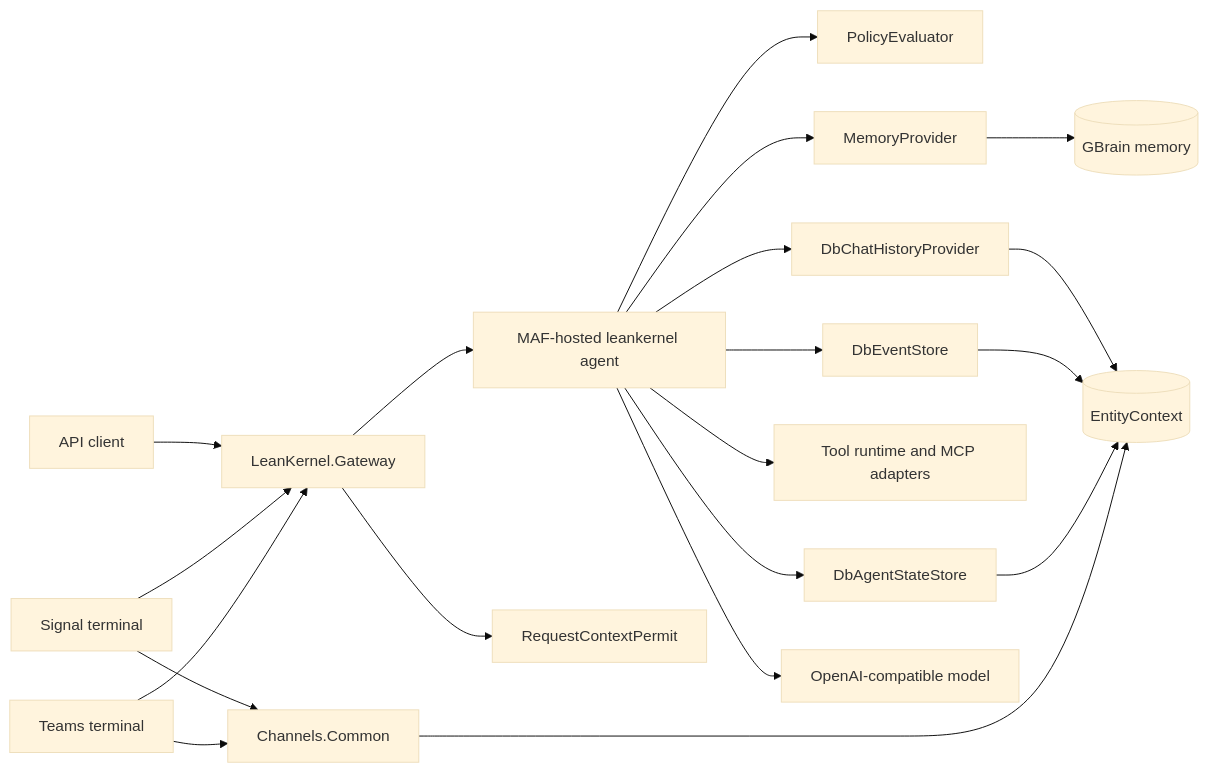
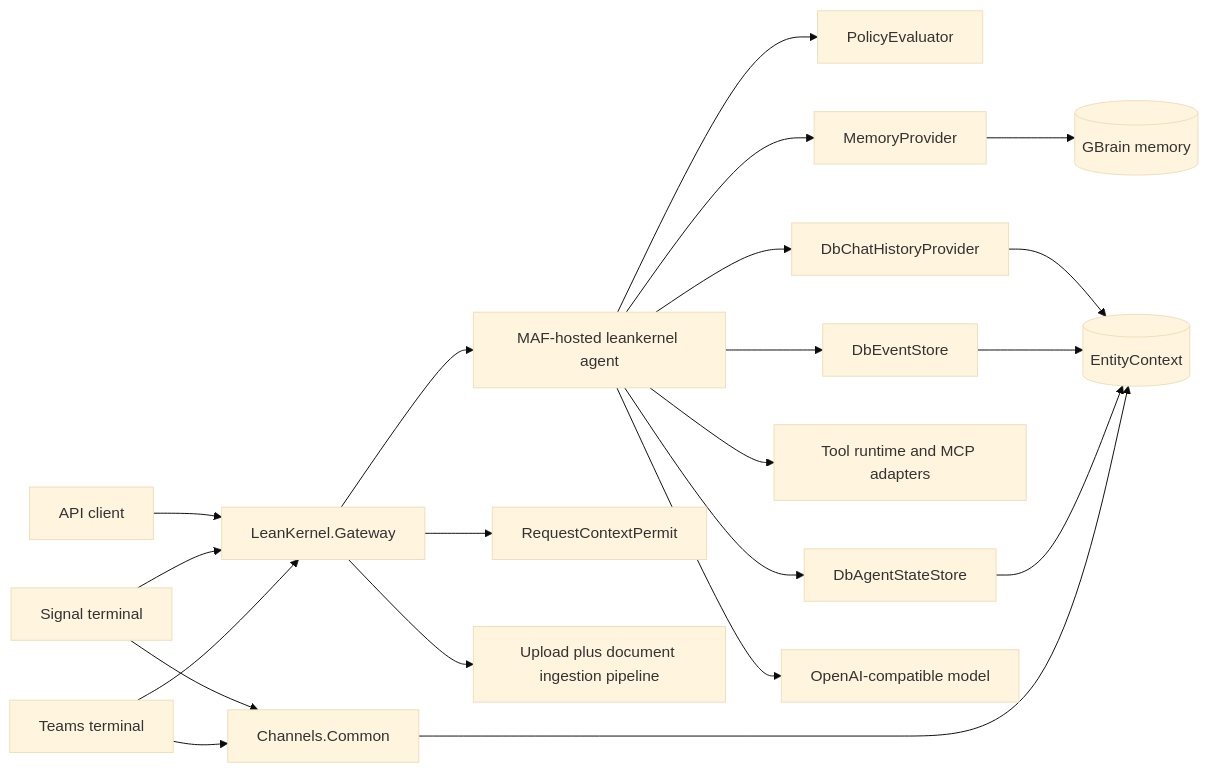
Before and after one commit to achingono/leankernel: the diagram in docs/architecture/index.md, drawn with Mermaid (base theme). The commit also changed 98 other files, not shown here.

Commit message:
feat: implement document ingestion pipeline and refresh docs

````diff
--- a/docs/architecture/index.md
+++ b/docs/architecture/index.md
@@ -16,22 +16,23 @@
 ```mermaid
 flowchart LR
     Client[API client] --> Gateway[LeanKernel.Gateway]
     Gateway --> Agent[MAF-hosted leankernel agent]
     Gateway --> Permit[RequestContextPermit]
     Agent --> Policy[PolicyEvaluator]
     Agent --> History[DbChatHistoryProvider]
     Agent --> EventStore[DbEventStore]
     Agent --> Memory[MemoryProvider]
     Agent --> Tools[Tool runtime and MCP adapters]
+    Gateway --> Ingestion[Upload plus document ingestion pipeline]
     Agent --> SessionStore[DbAgentStateStore]
     History --> Db[(EntityContext)]
     EventStore --> Db
     SessionStore --> Db
     Memory --> GBrain[(GBrain memory)]
     Agent --> Model[OpenAI-compatible model]
     Signal[Signal terminal] --> Shared[Channels.Common]
     Teams[Teams terminal] --> Shared
     Signal --> Gateway
     Teams --> Gateway
     Shared --> Db
 ```
````
